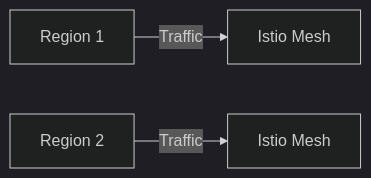
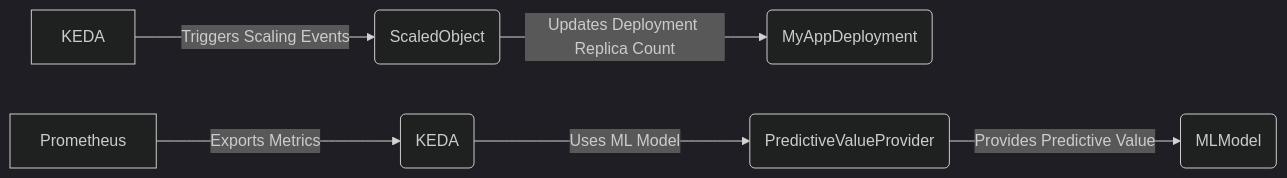
Before and after one commit to Joaquinriosheredia/DAM-Java-Mastery: the second of 13 diagrams in Otros_Activos_Mastery/kubernetes:_auto-escalado_y_service_mesh_en_2026_STAFF.md, drawn with Mermaid (dark theme). The commit also changed other lines of this file, not shown here.

Commit message:
feat: manual de autoridad sobre Kubernetes: Auto-escalado y Service Mesh en 2026 (Staff Level)

````diff
--- a/Otros_Activos_Mastery/kubernetes:_auto-escalado_y_service_mesh_en_2026_STAFF.md
+++ b/Otros_Activos_Mastery/kubernetes:_auto-escalado_y_service_mesh_en_2026_STAFF.md
@@ -143,5 +236,8 @@
-     ```mermaid
-     graph LR;
-       A[Region 1] -->|Traffic| B[Istio Mesh];
-       C[Region 2] -->|Traffic| D[Istio Mesh];
-     ```
+```mermaid
+graph LR;
+    A[Prometheus] -->|Exports Metrics| B(KEDA);
+    KEDA -->|Triggers Scaling Events| C(ScaledObject);
+    C -->|Updates Deployment Replica Count| D(MyAppDeployment);
+    B -->|Uses ML Model| E(PredictiveValueProvider);
+    E -->|Provides Predictive Value| F(MLModel);
+```
````
